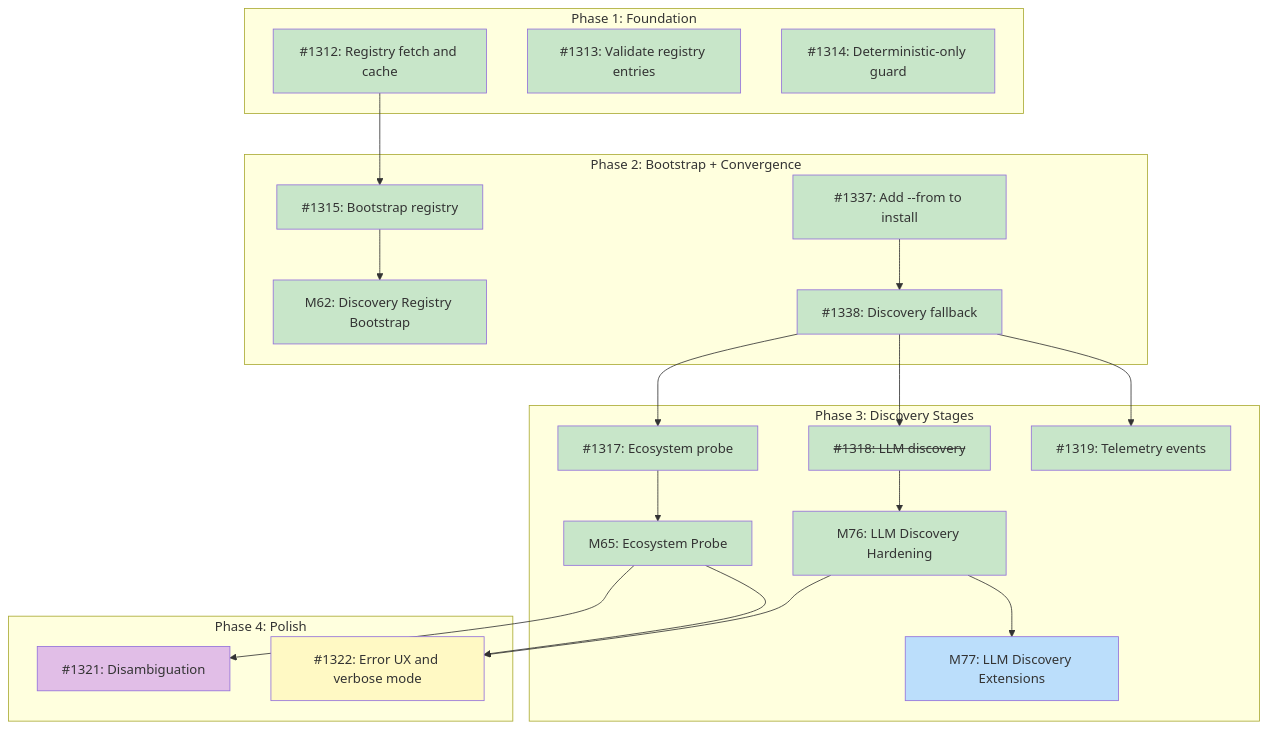
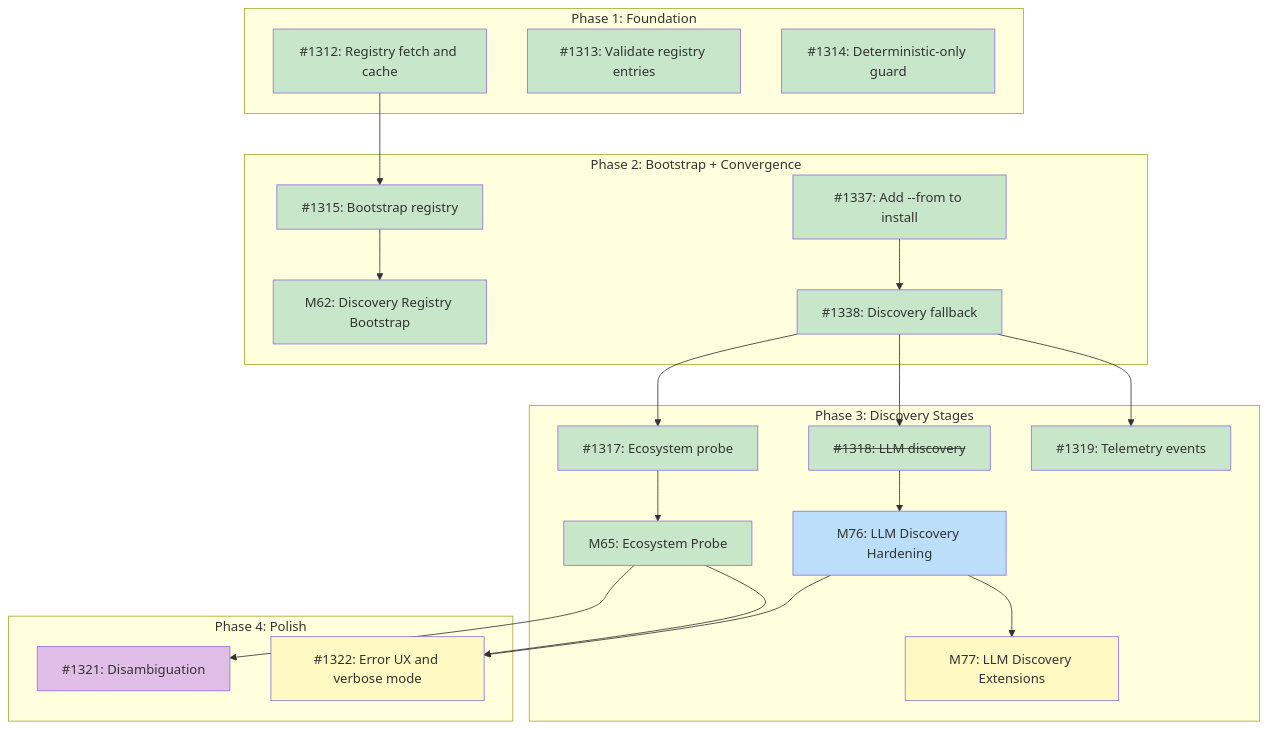
Before and after one commit to tsukumogami/tsuku: the diagram in docs/designs/DESIGN-discovery-resolver.md, drawn with Mermaid.

Commit message:
fix: correct M76/M77 diagram classes to match milestone state

````diff
--- a/docs/designs/DESIGN-discovery-resolver.md
+++ b/docs/designs/DESIGN-discovery-resolver.md
@@ -68,59 +68,60 @@
 ```mermaid
 graph TD
     subgraph Phase1["Phase 1: Foundation"]
         I1312["#1312: Registry fetch and cache"]
         I1313["#1313: Validate registry entries"]
         I1314["#1314: Deterministic-only guard"]
     end
 
     subgraph Phase2["Phase 2: Bootstrap + Convergence"]
         M62["M62: Discovery Registry Bootstrap"]
         I1315["#1315: Bootstrap registry"]
         I1337["#1337: Add --from to install"]
         I1338["#1338: Discovery fallback"]
     end
 
     subgraph Phase3["Phase 3: Discovery Stages"]
         I1317["#1317: Ecosystem probe"]
         M65["M65: Ecosystem Probe"]
         I1318["<s>#1318: LLM discovery</s>"]
         M76["M76: LLM Discovery Hardening"]
         M77["M77: LLM Discovery Extensions"]
         I1319["#1319: Telemetry events"]
     end
 
     subgraph Phase4["Phase 4: Polish"]
         I1321["#1321: Disambiguation"]
         I1322["#1322: Error UX and verbose mode"]
     end
 
     I1312 --> I1315
     I1315 --> M62
     I1337 --> I1338
     I1338 --> I1317
     I1317 --> M65
     I1338 --> I1318
     I1318 --> M76
     M76 --> M77
     I1338 --> I1319
     M65 --> I1321
     M65 --> I1322
     M76 --> I1322
 
     classDef done fill:#c8e6c9
     classDef ready fill:#bbdefb
     classDef blocked fill:#fff9c4
     classDef needsDesign fill:#e1bee7
 
     class I1312,I1313,I1314 done
     class I1337,I1338 done
     class I1319 done
     class I1317 done
-    class I1318,M76 done
-    class M77 ready
+    class I1318 done
+    class M76 ready
+    class M77 blocked
     class M65 done
     class M62 done
     class I1315 done
     class I1321 needsDesign
     class I1322 blocked
 ```
````
